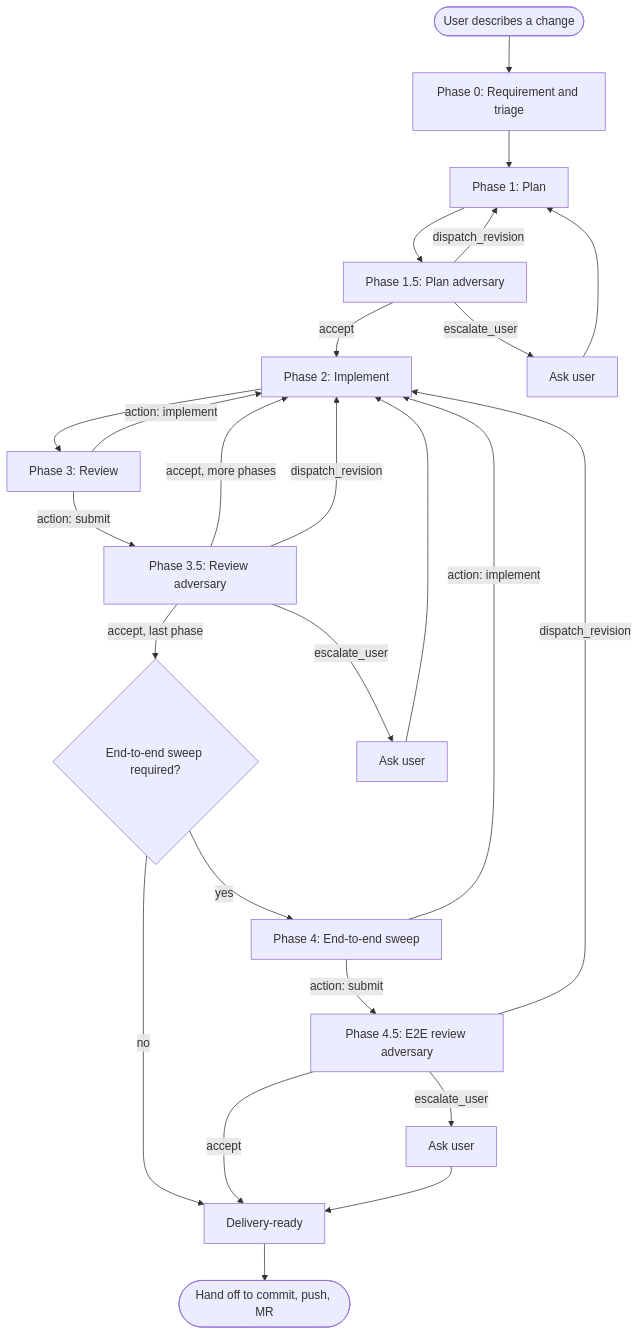
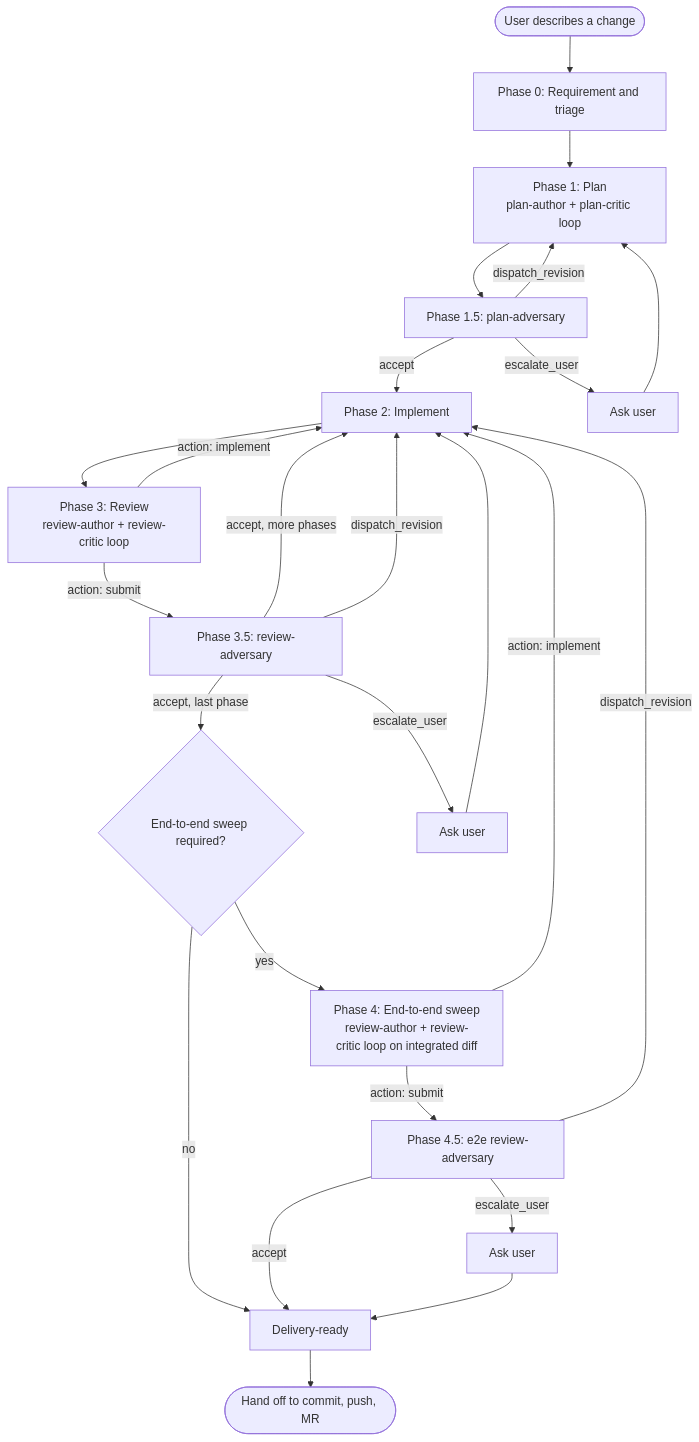
Before and after one commit to sformisano/sf-skills-catalog: the first of 6 diagrams in docs/squad-methodology.md, drawn with Mermaid. The commit also changed other lines of this file, not shown here.

First line of the commit message:
Make critics visible in the methodology lifecycle diagram

````diff
--- a/docs/squad-methodology.md
+++ b/docs/squad-methodology.md
@@ -42,27 +42,27 @@
 ```mermaid
 flowchart TB
     Start([User describes a change]) --> P0[Phase 0: Requirement and triage]
-    P0 --> P1[Phase 1: Plan]
-    P1 --> P15[Phase 1.5: Plan adversary]
+    P0 --> P1["Phase 1: Plan<br/>plan-author + plan-critic loop"]
+    P1 --> P15[Phase 1.5: plan-adversary]
     P15 -->|accept| P2[Phase 2: Implement]
     P15 -->|dispatch_revision| P1
     P15 -->|escalate_user| User1[Ask user]
     User1 --> P1
-    P2 --> P3[Phase 3: Review]
+    P2 --> P3["Phase 3: Review<br/>review-author + review-critic loop"]
     P3 -->|action: implement| P2
-    P3 -->|action: submit| P35[Phase 3.5: Review adversary]
+    P3 -->|action: submit| P35[Phase 3.5: review-adversary]
     P35 -->|accept, more phases| P2
     P35 -->|accept, last phase| P4Decide{End-to-end sweep required?}
     P35 -->|dispatch_revision| P2
     P35 -->|escalate_user| User2[Ask user]
     User2 --> P2
-    P4Decide -->|yes| P4[Phase 4: End-to-end sweep]
+    P4Decide -->|yes| P4["Phase 4: End-to-end sweep<br/>review-author + review-critic loop on integrated diff"]
     P4Decide -->|no| Delivery[Delivery-ready]
     P4 -->|action: implement| P2
-    P4 -->|action: submit| P45[Phase 4.5: E2E review adversary]
+    P4 -->|action: submit| P45[Phase 4.5: e2e review-adversary]
     P45 -->|accept| Delivery
     P45 -->|dispatch_revision| P2
     P45 -->|escalate_user| User3[Ask user]
     User3 --> Delivery
     Delivery --> Done([Hand off to commit, push, MR])
 ```
````
